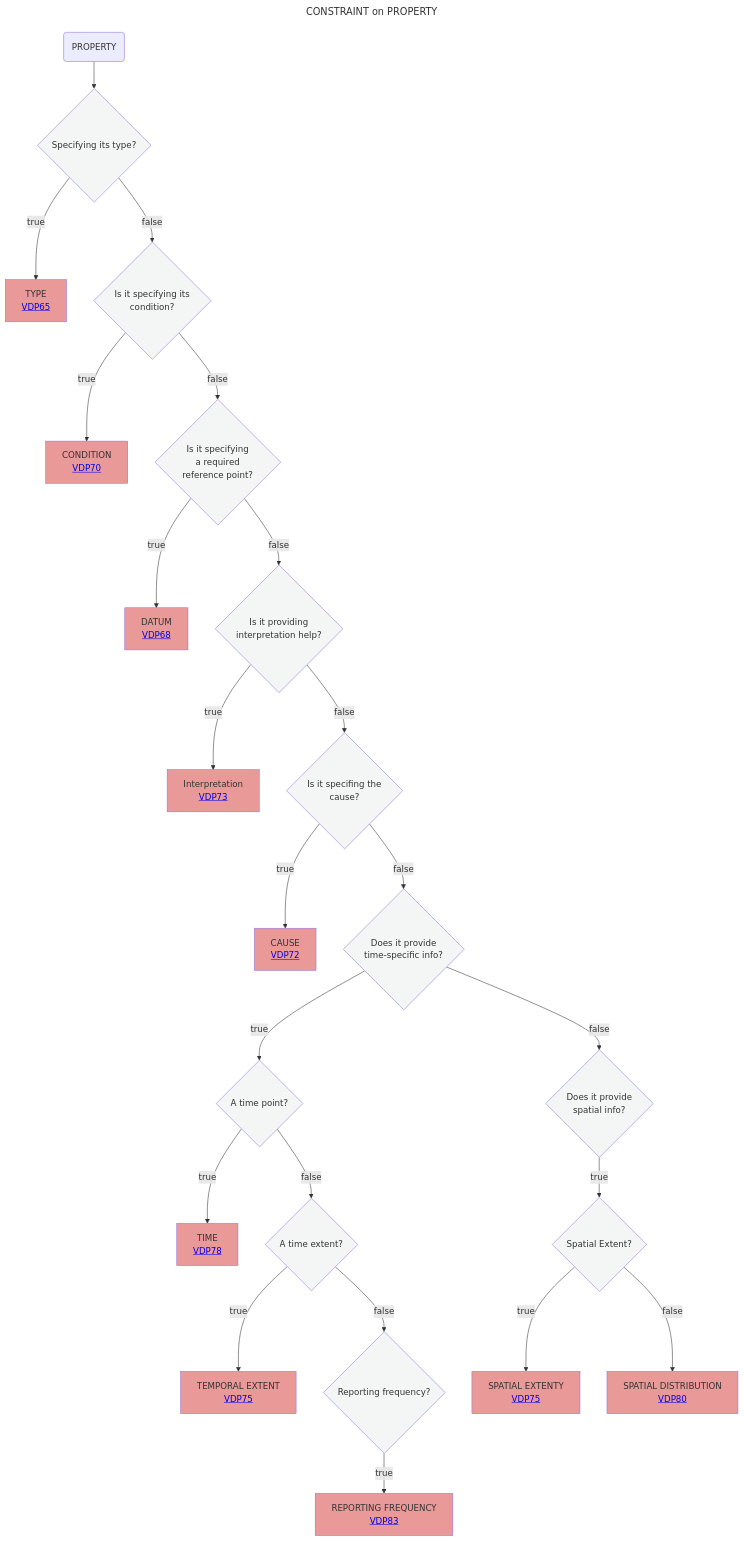
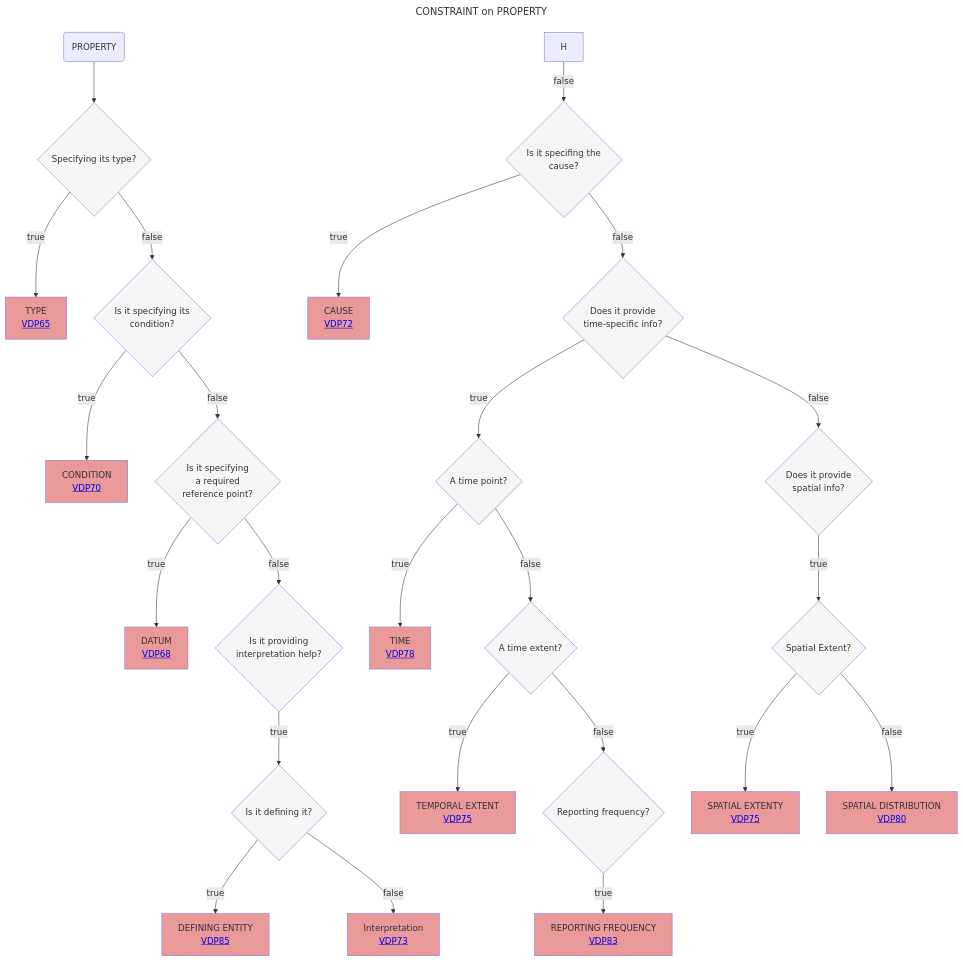
The diagram in Decisition_trees/DT9.mmd (mabablue/I-ADOPT-patterns-playground), drawn with Mermaid before and after one commit.

```diff
--- a/Decisition_trees/DT9.mmd
+++ b/Decisition_trees/DT9.mmd
@@ -1,30 +1,32 @@
 ---
 title: CONSTRAINT on PROPERTY
 ---
 flowchart TD
     A(PROPERTY)  --> B{Specifying its type?}:::white
     B --> |true|C[TYPE <br> <a href='https://github.com/mabablue/I-ADOPT-patterns-playground/blob/main/pattern/VDP65.yaml'>VDP65</a>]:::rose
     B --> |false|D{Is it specifying its <br> condition?}:::white
     D --> |true|E[CONDITION <br> <a href='https://github.com/mabablue/I-ADOPT-patterns-playground/blob/main/pattern/VDP70.yaml'>VDP70</a>]:::rose
     D --> |false|F{Is it specifying <br> a required <br> reference point?}:::white
     F --> |true|G[DATUM <br> <a href='https://github.com/mabablue/I-ADOPT-patterns-playground/blob/main/pattern/VDP68.yaml'>VDP68</a>]:::rose
-    F --> |false|H{Is it providing <br> interpretation help?}:::white
-    H --> |true|I[Interpretation <br> <a href='https://github.com/mabablue/I-ADOPT-patterns-playground/blob/main/pattern/VDP73.yaml'>VDP73</a>]:::rose
+    F --> |false|IH{Is it providing <br> interpretation help?}:::white
+    IH --> |true|HI{Is it defining it?}:::white
+    HI --> |true|HK[DEFINING ENTITY <br> <a href='https://github.com/mabablue/I-ADOPT-patterns-playground/blob/main/pattern/VDP85.yaml'>VDP85</a>]:::rose
+    HI --> |false|I[Interpretation <br> <a href='https://github.com/mabablue/I-ADOPT-patterns-playground/blob/main/pattern/VDP73.yaml'>VDP73</a>]:::rose
     H --> |false|J{Is it specifing the <br> cause?}:::white
     J --> |true|K[CAUSE<br> <a href='https://github.com/mabablue/I-ADOPT-patterns-playground/blob/main/pattern/VDP72.yaml'>VDP72</a>]:::rose
     J --> |false|L{Does it provide <br> time-specific info?}:::white
     L --> |true|M{A time point?}:::white
     L --> |false|T{Does it provide <br> spatial info?}:::white
     M --> |true|N[TIME<br> <a href='https://github.com/mabablue/I-ADOPT-patterns-playground/blob/main/pattern/VDP78.yaml'>VDP78</a>]:::rose
     M --> |false|O{A time extent?}:::white
     O --> |true|Q[TEMPORAL EXTENT<br> <a href='https://github.com/mabablue/I-ADOPT-patterns-playground/blob/main/pattern/VDP75.yaml'>VDP75</a>]:::rose
     O --> |false|R{Reporting frequency?}:::white
     R --> |true|S[REPORTING FREQUENCY<br> <a href='https://github.com/mabablue/I-ADOPT-patterns-playground/blob/main/pattern/VDP83.yaml'>VDP83</a>]:::rose
     T --> |true|U{Spatial Extent?}:::white
     U --> |true|V[SPATIAL EXTENTY<br> <a href='https://github.com/mabablue/I-ADOPT-patterns-playground/blob/main/pattern/VDP.75yaml'>VDP75</a>]:::rose
     U --> |false|W[SPATIAL DISTRIBUTION<br> <a href='https://github.com/mabablue/I-ADOPT-patterns-playground/blob/main/pattern/VDP.80yaml'>VDP80</a>]:::rose
    classDef blue fill:#90D5FF
    classDef satblue fill:#57B9FF 
    classDef white fill:#f3f6f4
    classDef green fill:#6aa84f
    classDef rose fill:#ea9999
```
